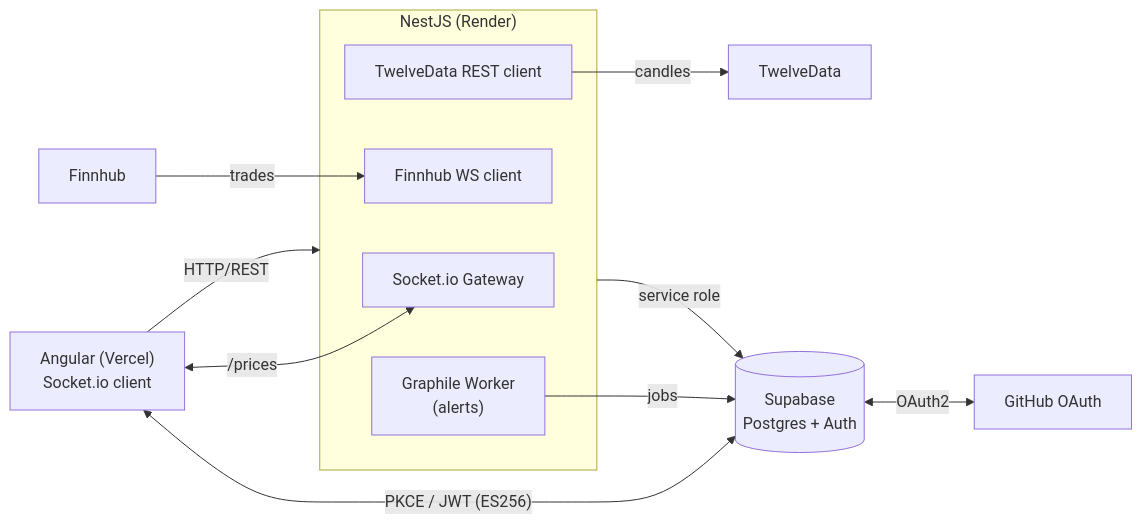
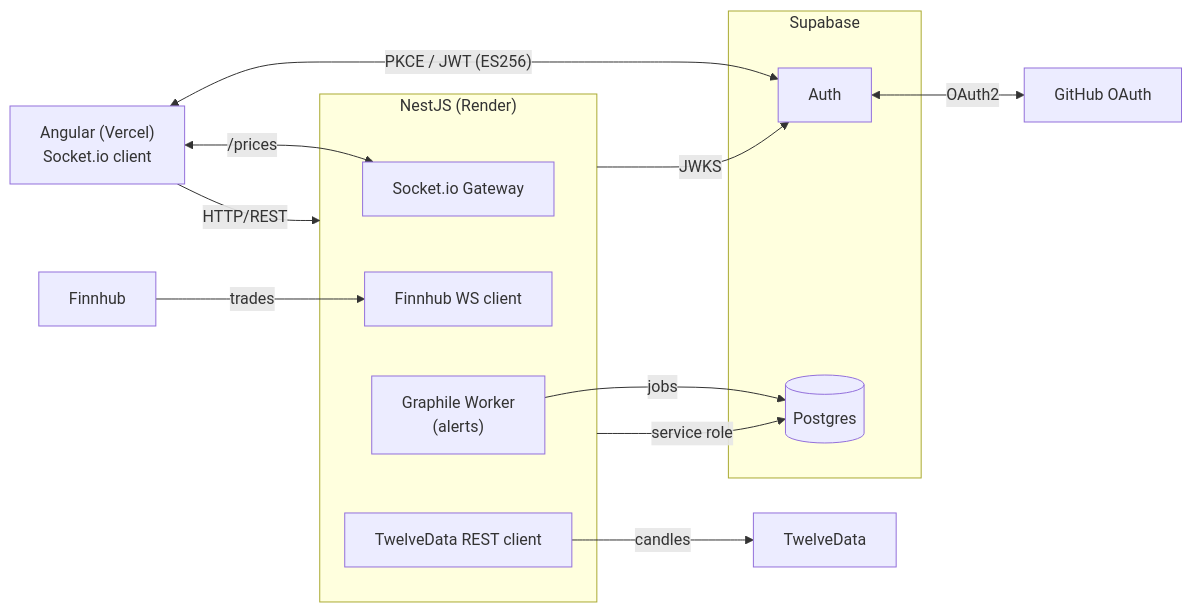
One commit to toruiwasa/pulseticker changed the diagram in README.md. Above: the diagram before and after it, drawn with Mermaid.

Commit message:
fix(docs): split Supabase into Auth and Postgres in the diagram
The ASCII original drew Supabase as one box labelled "Postgres + Auth",
and the mermaid conversion inherited that. Once the browser's PKCE edge
was pointed at it, the merged node read as though the frontend queried
the database directly — the opposite of how this app works, and the sort
of thing that looks like a bypassed backend at a glance.

The browser only ever reaches Supabase Auth: auth.service.ts:10 is the
sole createClient in apps/web, there is not one .from() call, and every
row of data is fetched through NestJS with the service role.

Splitting the node also exposed an edge the merged version had hidden.
supabase-auth.guard.ts:19 pulls the JWKS from
`${supabaseUrl}/auth/v1/.well-known/jwks.json` to verify ES256 tokens,
so NestJS depends on Supabase Auth as well as on Postgres. The single
`service role` edge had covered both.

Claude-Session: https://claude.ai/code/session_01CfRvz75mz1nSSagDeVrD6c

````diff
--- a/README.md
+++ b/README.md
@@ -19,24 +19,29 @@
 ```mermaid
 flowchart LR
     web["Angular (Vercel)<br/>Socket.io client"]
     gh["GitHub OAuth"]
     finnhub["Finnhub"]
     twelvedata["TwelveData"]
-    pg[("Supabase<br/>Postgres + Auth")]
 
     subgraph api["NestJS (Render)"]
         gateway["Socket.io Gateway"]
         finnhubSvc["Finnhub WS client"]
         worker["Graphile Worker<br/>(alerts)"]
         twelveSvc["TwelveData REST client"]
     end
 
+    subgraph supabase["Supabase"]
+        auth["Auth"]
+        pg[("Postgres")]
+    end
+
     web -->|HTTP/REST| api
     web <-->|"/prices"| gateway
-    web <-->|"PKCE / JWT (ES256)"| pg
-    pg <-->|OAuth2| gh
+    web <-->|"PKCE / JWT (ES256)"| auth
+    auth <-->|OAuth2| gh
+    api -->|JWKS| auth
     api -->|service role| pg
     finnhub -->|trades| finnhubSvc
     twelveSvc -->|candles| twelvedata
     worker -->|jobs| pg
 ```
````
